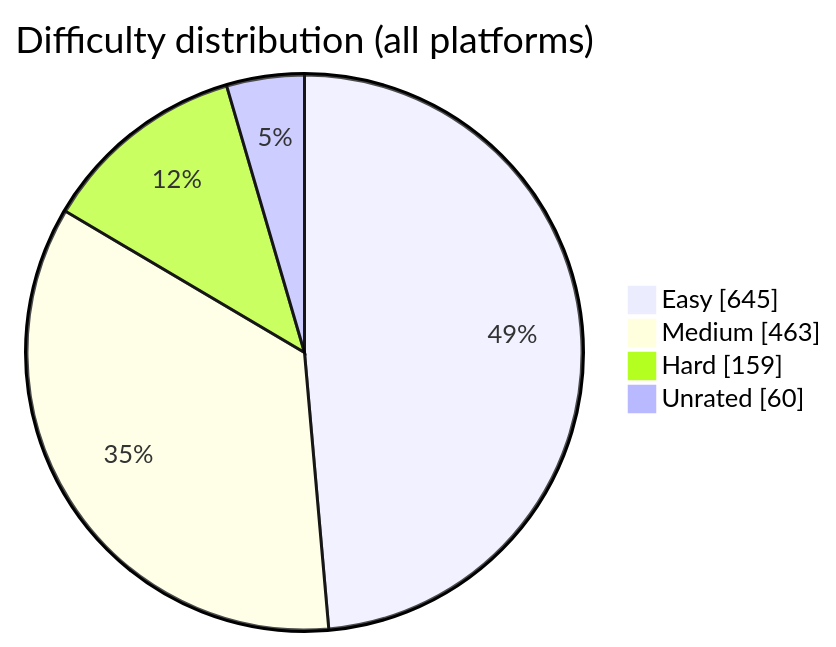
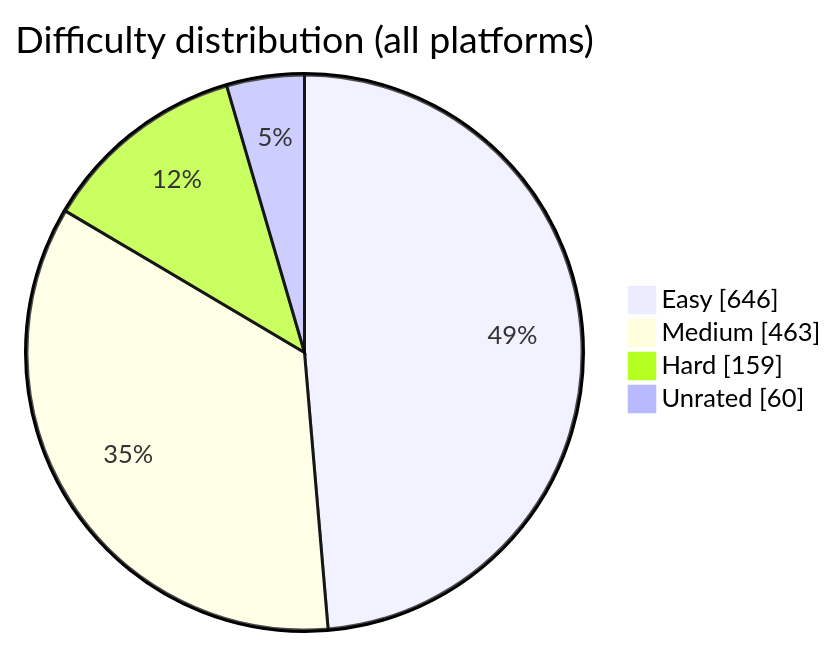
One commit to BuildbyArindam/Daily-Coding-Log changed the diagram in README.md. Above: the diagram before and after it, drawn with Mermaid. The commit also changed other lines of this file, not shown here.

````diff
--- a/README.md
+++ b/README.md
@@ -93,7 +93,7 @@
 ```mermaid
 pie showData title Difficulty distribution (all platforms)
-    "Easy" : 645
+    "Easy" : 646
     "Medium" : 463
     "Hard" : 159
     "Unrated" : 60
 ```
````
